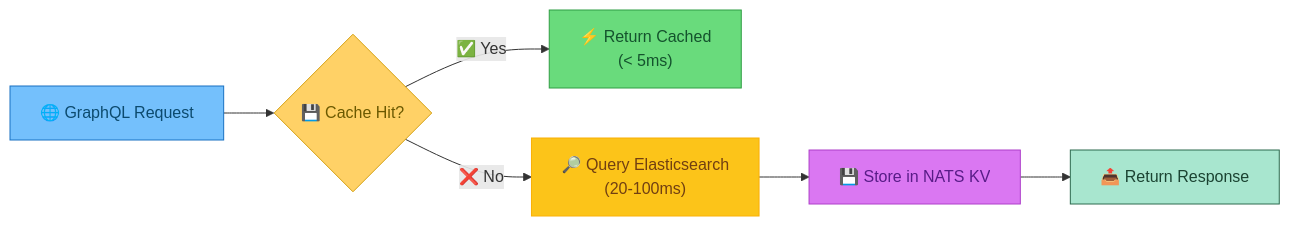
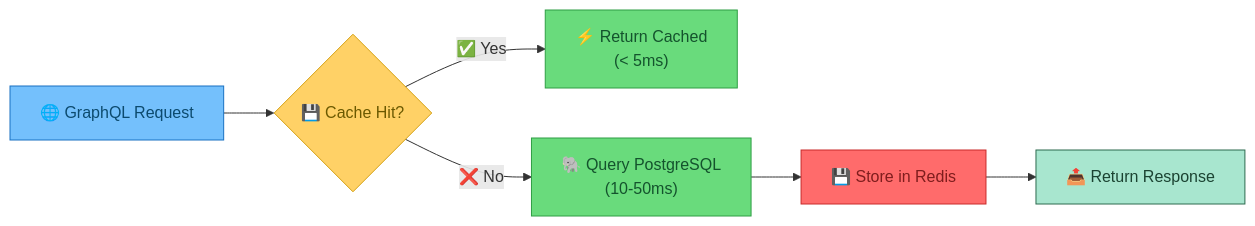
The sixth of 7 diagrams in docs/design.md (mmed199/thmanyah-cms), drawn with Mermaid before and after one commit. The commit also changed other lines of this file and 40 other files, not shown here.

````diff
--- a/docs/design.md
+++ b/docs/design.md
@@ -604,15 +975,15 @@
 ```mermaid
 flowchart LR
     Request["🌐 GraphQL Request"] --> Check{"💾 Cache Hit?"}
     Check -->|"✅ Yes"| Return["⚡ Return Cached<br>(< 5ms)"]
-    Check -->|"❌ No"| ES["🔎 Query Elasticsearch<br>(20-100ms)"]
-    ES --> Store["💾 Store in NATS KV"]
+    Check -->|"❌ No"| PG["🐘 Query PostgreSQL<br>(10-50ms)"]
+    PG --> Store["💾 Store in Redis"]
     Store --> Return2["📤 Return Response"]
 
     style Request fill:#74c0fc,stroke:#1971c2,color:#0c4a6e
     style Check fill:#ffd166,stroke:#d4a012,color:#6b5900
     style Return fill:#69db7c,stroke:#2f9e44,color:#14532d
-    style ES fill:#fcc419,stroke:#fab005,color:#713f12
-    style Store fill:#da77f2,stroke:#ae3ec9,color:#581c87
+    style PG fill:#69db7c,stroke:#2f9e44,color:#14532d
+    style Store fill:#ff6b6b,stroke:#c92a2a,color:#7f1d1d
     style Return2 fill:#a8e6cf,stroke:#2d6a4f,color:#1b4332
 ```
````
